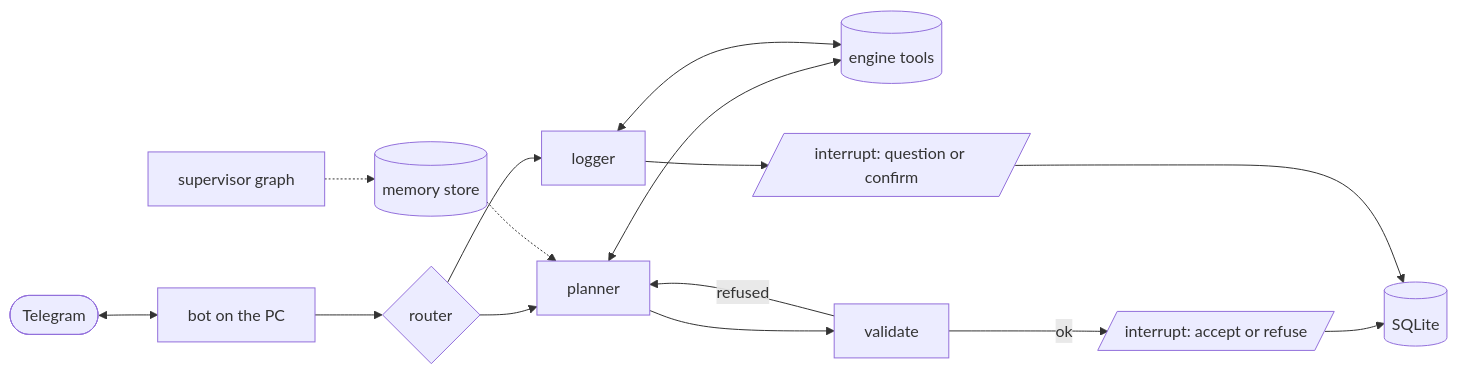
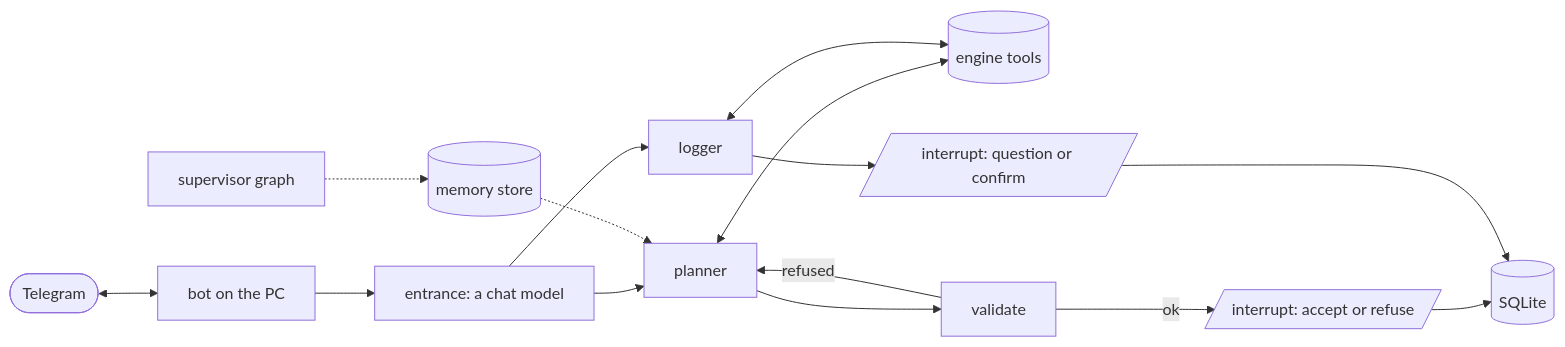
Before and after one commit to danielediodati/REPS: the diagram in README.md, drawn with Mermaid. The commit also changed other lines of this file and 1 other file, not shown here.

````diff
--- a/README.md
+++ b/README.md
@@ -25,17 +26,17 @@
 ```mermaid
 flowchart LR
   tg([Telegram]) <--> bot[bot on the PC]
-  bot --> router{router}
-  router --> planner
-  router --> logger
+  bot --> entrance[entrance: a chat model]
+  entrance --> planner
+  entrance --> logger
   planner <--> tools[(engine tools)]
   logger <--> tools
   planner --> validate
   validate -- refused --> planner
   validate -- ok --> accept[/interrupt: accept or refuse/]
   logger --> ask[/interrupt: question or confirm/]
   accept --> db[(SQLite)]
   ask --> db
   store[(memory store)] -.-> planner
   supervisor[supervisor graph] -.-> store
 ```
````
